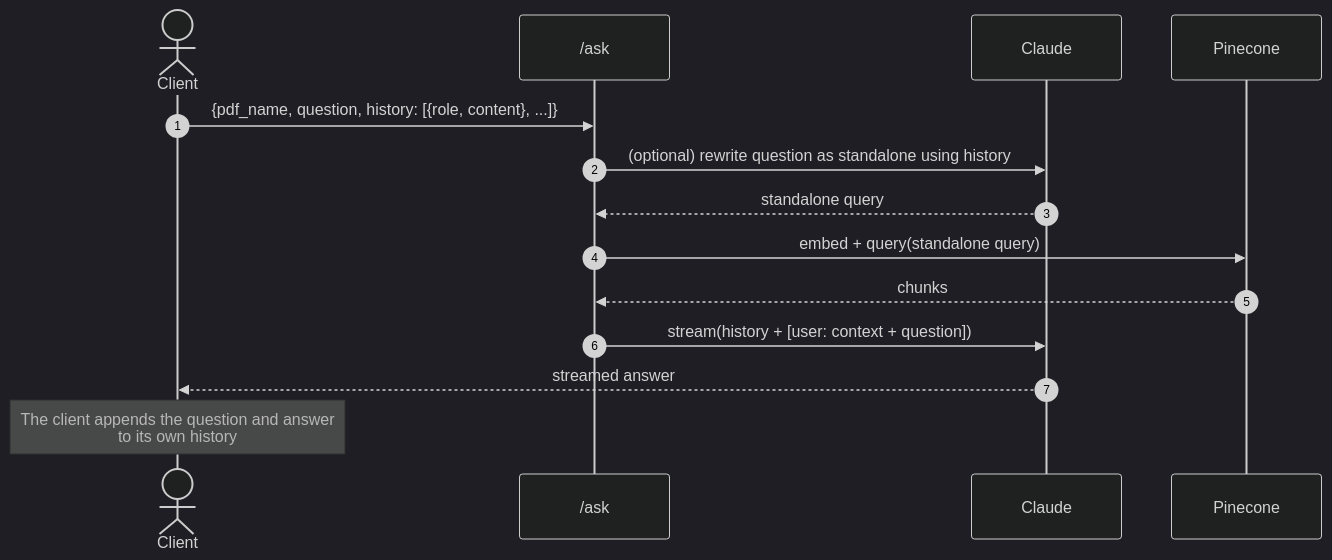
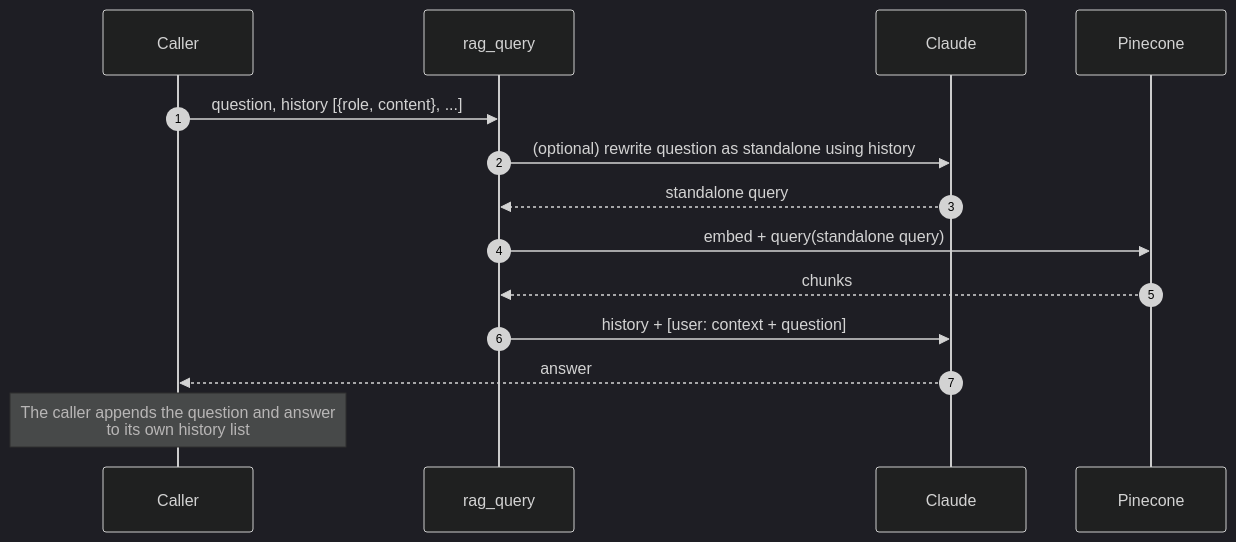
The tenth of 19 diagrams in ARCHITECTURE.md (lsolor/korg-pdf-qa), drawn with Mermaid (dark theme) before and after one commit. The commit also changed other lines of this file, not shown here.

First line of the commit message:
Update ARCHITECTURE.md for the script-based RAG pipeline

````diff
--- a/ARCHITECTURE.md
+++ b/ARCHITECTURE.md
@@ -455,17 +442,17 @@
 ```mermaid
 sequenceDiagram
     autonumber
-    actor C as Client
-    participant API as /ask
-    participant LLM as Claude
-    participant VDB as Pinecone
+    participant C as Caller
+    participant R as rag_query
+    participant L as Claude
+    participant V as Pinecone
 
-    C->>API: {pdf_name, question, history: [{role, content}, ...]}
-    API->>LLM: (optional) rewrite question as standalone using history
-    LLM-->>API: standalone query
-    API->>VDB: embed + query(standalone query)
-    VDB-->>API: chunks
-    API->>LLM: stream(history + [user: context + question])
-    LLM-->>C: streamed answer
-    Note over C: The client appends the question and answer<br/>to its own history
+    C->>R: question, history [{role, content}, ...]
+    R->>L: (optional) rewrite question as standalone using history
+    L-->>R: standalone query
+    R->>V: embed + query(standalone query)
+    V-->>R: chunks
+    R->>L: history + [user: context + question]
+    L-->>C: answer
+    Note over C: The caller appends the question and answer<br/>to its own history list
 ```
````
